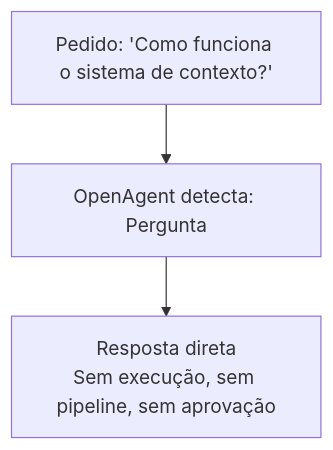
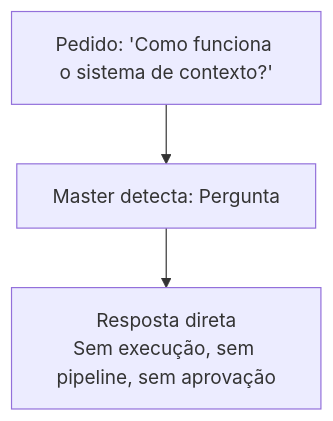
One commit to dgofreitas/opencode-workflow changed the third of 9 diagrams in USAGE_GUIDE.md. Above: the diagram before and after it, drawn with Mermaid. The commit also changed other lines of this file and 28 other files, not shown here.

````diff
--- a/USAGE_GUIDE.md
+++ b/USAGE_GUIDE.md
@@ -97,5 +73,5 @@
 ```mermaid
 graph TD
-    Start["Pedido: 'Como funciona o sistema de contexto?'"] --> Detect["OpenAgent detecta: Pergunta"]
+    Start["Pedido: 'Como funciona o sistema de contexto?'"] --> Detect["Master detecta: Pergunta"]
     Detect --> Resp["Resposta direta<br/>Sem execução, sem pipeline, sem aprovação"]
 ```
````
